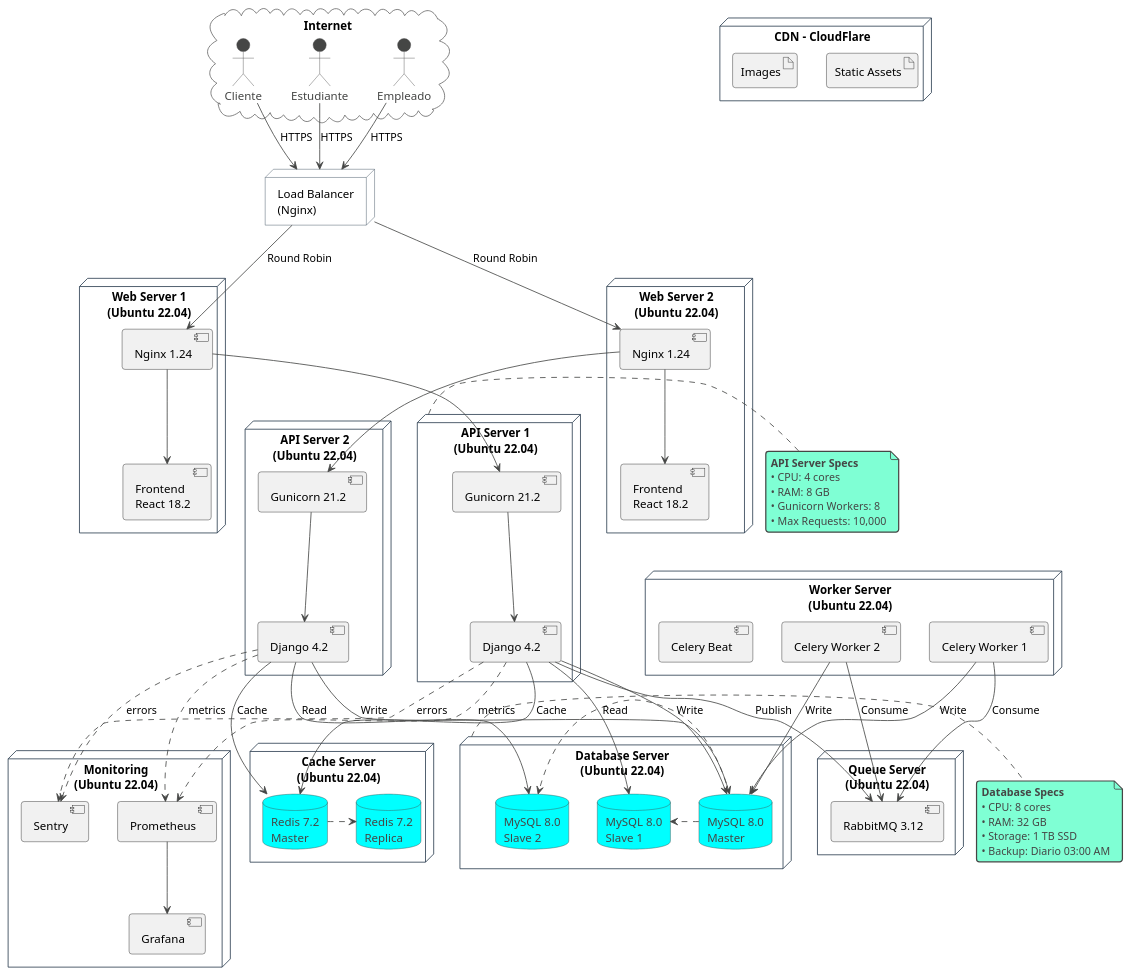
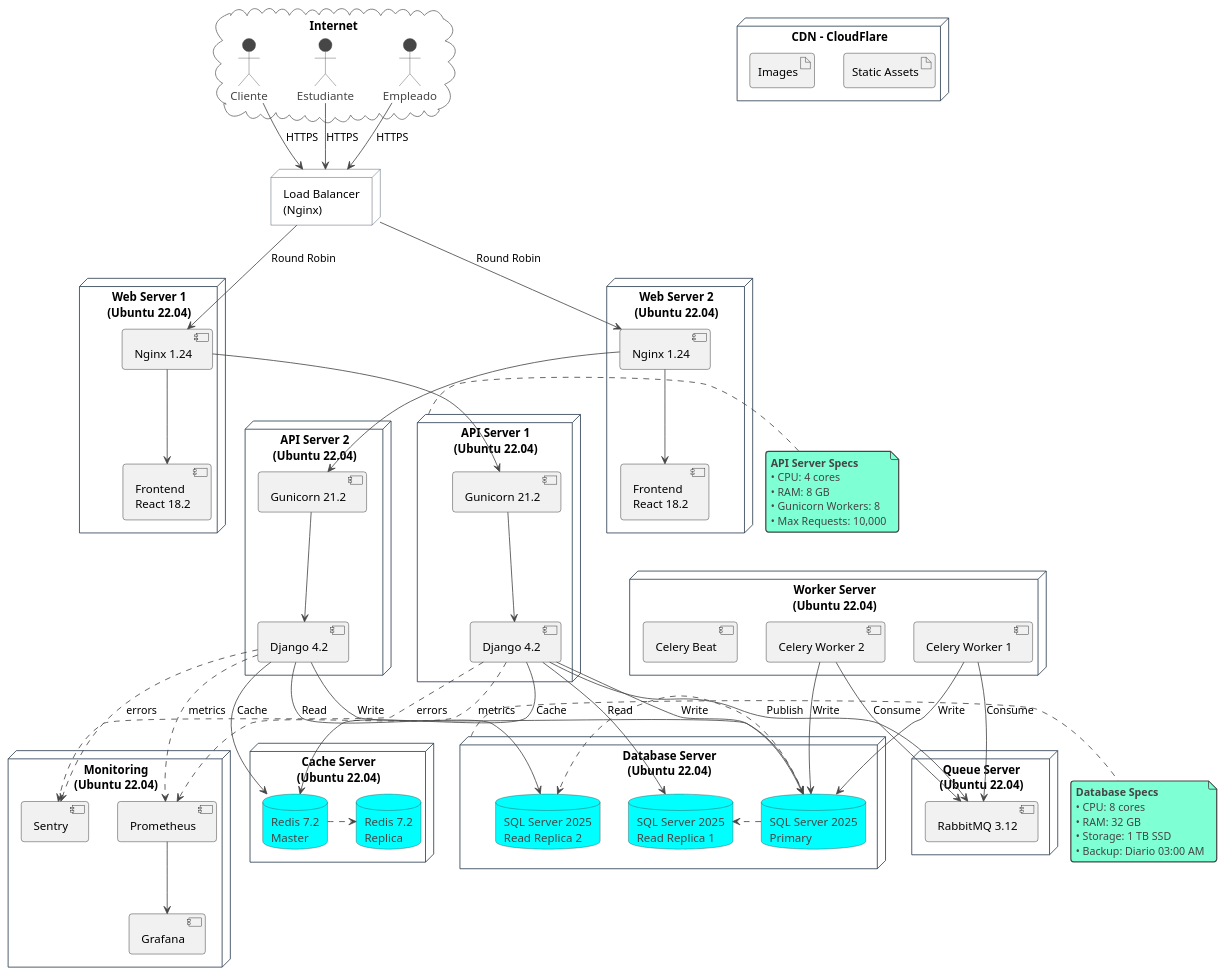
The fourth of 6 diagrams in docs/EJEMPLOS_PLANTUML.md (LUCASPY14/tita2026), drawn with PlantUML before and after one commit. The commit also changed other lines of this file and 15 other files, not shown here.

First line of the commit message:
docs(db): alinear documentación y diagramas a SQL Server titadb

```diff
--- a/docs/EJEMPLOS_PLANTUML.md
+++ b/docs/EJEMPLOS_PLANTUML.md
@@ -395,12 +395,12 @@
 }
 
 node "Database Server\n(Ubuntu 22.04)" as db {
-    database "MySQL 8.0\nMaster" as mysql_m
-    database "MySQL 8.0\nSlave 1" as mysql_s1
-    database "MySQL 8.0\nSlave 2" as mysql_s2
+    database "SQL Server 2025\nPrimary" as sql_primary
+    database "SQL Server 2025\nRead Replica 1" as sql_replica1
+    database "SQL Server 2025\nRead Replica 2" as sql_replica2
     
-    mysql_m .> mysql_s1
-    mysql_m .> mysql_s2
+    sql_primary .> sql_replica1
+    sql_primary .> sql_replica2
 }
 
 node "Cache Server\n(Ubuntu 22.04)" as cache {
@@ -433,10 +433,10 @@
 nginx1 --> gun1
 nginx2 --> gun2
 
-django1 --> mysql_m : Write
-django1 --> mysql_s1 : Read
-django2 --> mysql_m : Write
-django2 --> mysql_s2 : Read
+django1 --> sql_primary : Write
+django1 --> sql_replica1 : Read
+django2 --> sql_primary : Write
+django2 --> sql_replica2 : Read
 
 django1 --> redis_m : Cache
 django2 --> redis_m : Cache
@@ -445,8 +445,8 @@
 cel1 --> rabbitmq : Consume
 cel2 --> rabbitmq : Consume
 
-cel1 --> mysql_m : Write
-cel2 --> mysql_m : Write
+cel1 --> sql_primary : Write
+cel2 --> sql_primary : Write
 
 django1 ..> prom : metrics
 django2 ..> prom : metrics
```
